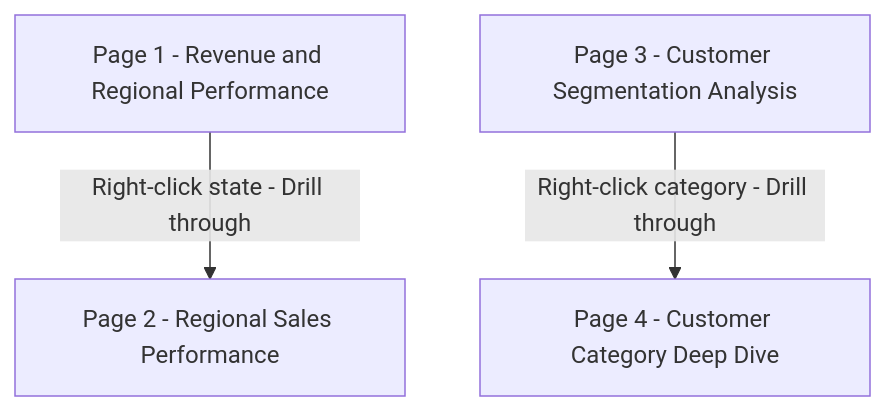
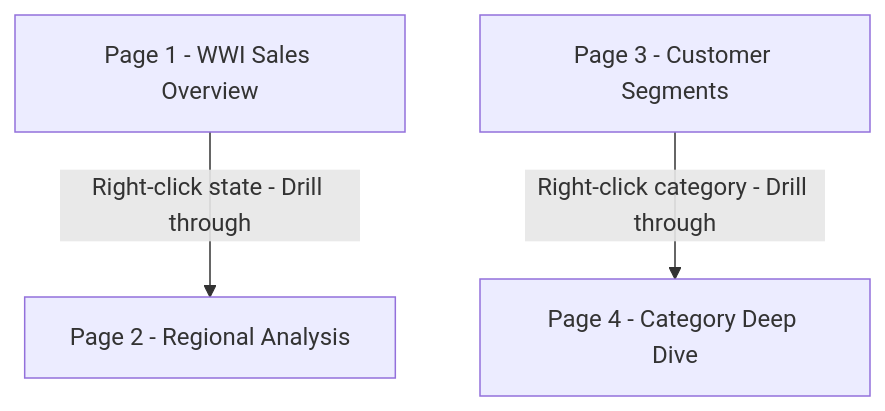
Before and after one commit to nive710/WWI-Power-BI-Portfolio: the diagram in README.md, drawn with Mermaid. The commit also changed other lines of this file, not shown here.

````diff
--- a/README.md
+++ b/README.md
@@ -30,5 +30,5 @@
 ```mermaid
 graph TD
-    A[Page 1 - Revenue and Regional Performance] -->|Right-click state - Drill through| B[Page 2 - Regional Sales Performance]
-    C[Page 3 - Customer Segmentation Analysis] -->|Right-click category - Drill through| D[Page 4 - Customer Category Deep Dive]
+    A[Page 1 - WWI Sales Overview] -->|Right-click state - Drill through| B[Page 2 - Regional Analysis]
+    C[Page 3 - Customer Segments] -->|Right-click category - Drill through| D[Page 4 - Category Deep Dive]
 ```
````
